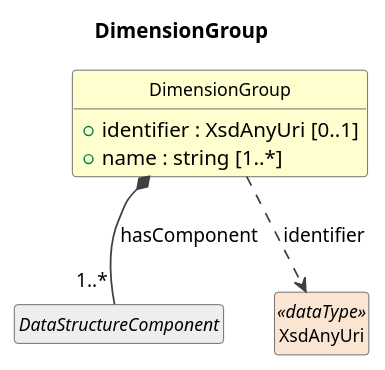
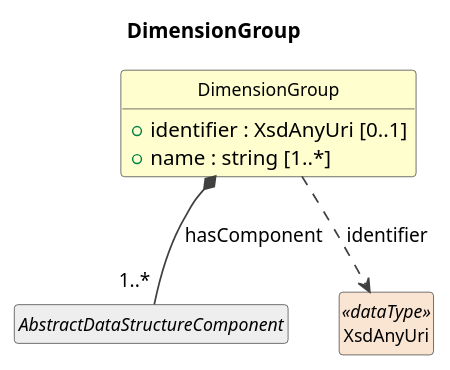
One commit to Cross-Domain-Interoperability-Framework/metadataBuildingBlocks changed the diagram in cdif-uml-model/_plantuml/dataDescriptionWithStructure/Classes/DimensionGroup.pu. Above: the diagram before and after it, drawn with PlantUML. The commit also changed 145 other files, not shown here.

First line of the commit message:
cdif-uml-model: regen for AbstractDataStructureComponent + 6 subtypes

```diff
--- a/cdif-uml-model/_plantuml/dataDescriptionWithStructure/Classes/DimensionGroup.pu
+++ b/cdif-uml-model/_plantuml/dataDescriptionWithStructure/Classes/DimensionGroup.pu
@@ -1,22 +1,22 @@
 @startuml
 title DimensionGroup
 hide circle
 hide empty members
 skinparam shadowing false
 skinparam ArrowThickness 1.2
 skinparam class {
   ArrowColor #404040
   BorderColor #404040
   FontSize 12
 }
 
 class "DimensionGroup" as DimensionGroup #FEFECE {
   +identifier : XsdAnyUri [0..1]
   +name : string [1..*]
 }
-abstract class "DataStructureComponent" as DataStructureComponent #EEEEEE
-DimensionGroup *-- "1..*" DataStructureComponent : hasComponent
+abstract class "AbstractDataStructureComponent" as AbstractDataStructureComponent #EEEEEE
+DimensionGroup *-- "1..*" AbstractDataStructureComponent : hasComponent
 class "XsdAnyUri" as XsdAnyUri <<dataType>> #FAE5D3
 DimensionGroup ..> XsdAnyUri : identifier
 
 @enduml
```
